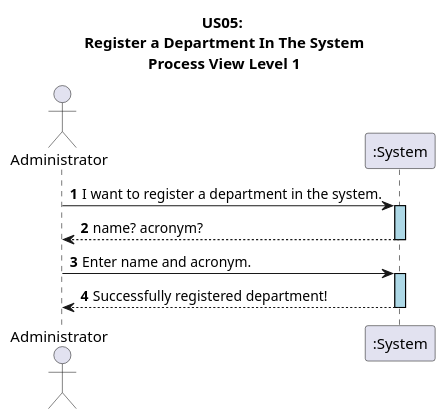
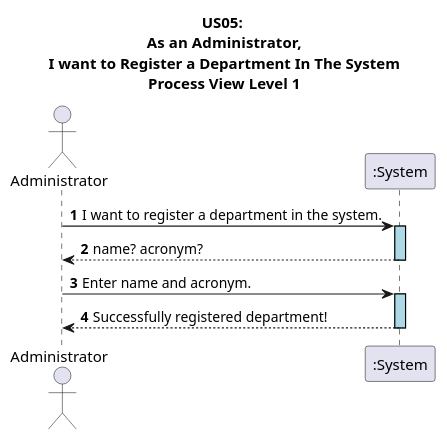
One commit to GasparISEP/DevOps-PAI changed the diagram in docs/US05/sprint6_RestAPI/ProcessView/US05_RestAPI_ProcessView_Level1.puml. Above: the diagram before and after it, drawn with PlantUML. The commit also changed 4 other files, not shown here.

```diff
--- a/docs/US05/sprint6_RestAPI/ProcessView/US05_RestAPI_ProcessView_Level1.puml
+++ b/docs/US05/sprint6_RestAPI/ProcessView/US05_RestAPI_ProcessView_Level1.puml
@@ -1,17 +1,17 @@
 @startuml
 autonumber
 
 skinparam sequence {
    LifelineBorderColor black
    LifelineBackgroundColor LightBlue
  }
 
-title US05:\n Register a Department In The System\n Process View Level 1
+title US05:\n As an Administrator,\n I want to Register a Department In The System\n Process View Level 1
 actor Administrator
 participant ":System" as System
 
 Administrator -> System ++: I want to register a department in the system.
 System --> Administrator --: name? acronym?
 Administrator -> System ++: Enter name and acronym.
 System --> Administrator --: Successfully registered department!
 @enduml
```
